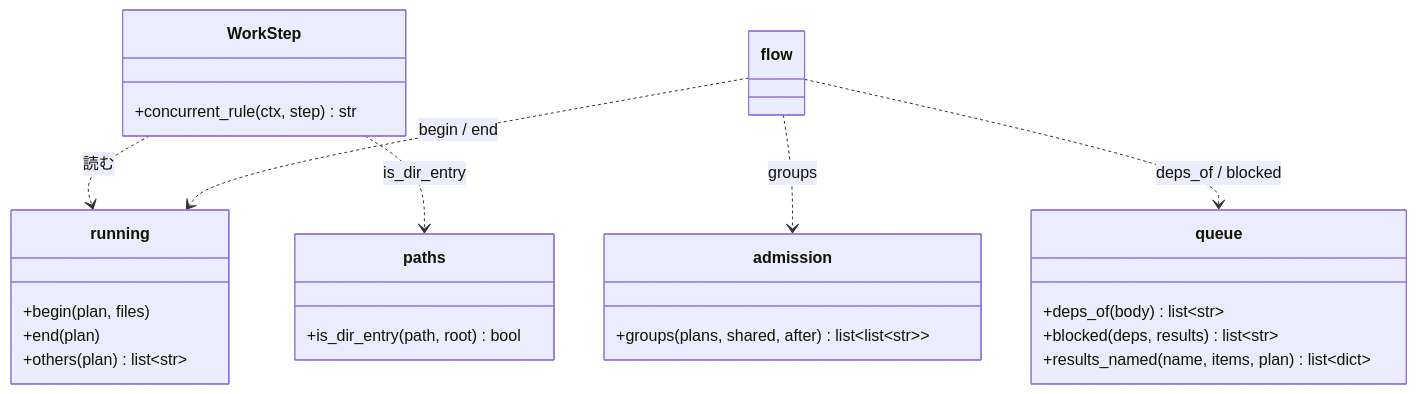
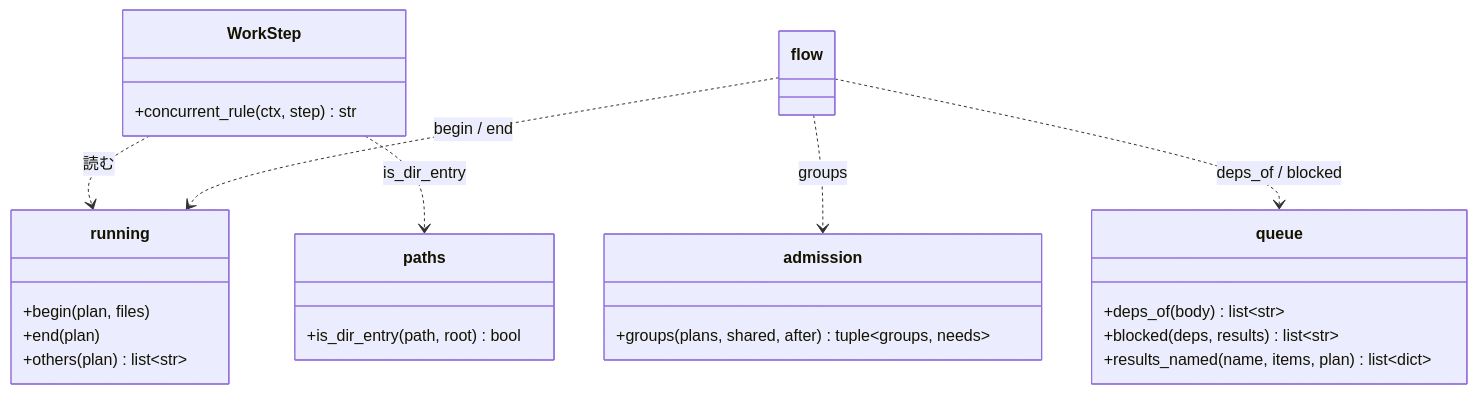
Before and after one commit to devbasex/ai-plugins: the second of 3 diagrams in issues/issue-1674-design.md, drawn with Mermaid. The commit also changed other lines of this file, not shown here.

````diff
--- a/issues/issue-1674-design.md
+++ b/issues/issue-1674-design.md
@@ -132,27 +134,27 @@
 ```mermaid
 classDiagram
     class running {
         +begin(plan, files)
         +end(plan)
         +others(plan) list~str~
     }
     class paths {
         +is_dir_entry(path, root) bool
     }
     class admission {
-        +groups(plans, shared, after) list~list~str~~
+        +groups(plans, shared, after) tuple~groups, needs~
     }
     class WorkStep {
         +concurrent_rule(ctx, step) str
     }
     class queue {
         +deps_of(body) list~str~
         +blocked(deps, results) list~str~
         +results_named(name, items, plan) list~dict~
     }
     WorkStep ..> running : 読む
     WorkStep ..> paths : is_dir_entry
     flow ..> running : begin / end
     flow ..> admission : groups
     flow ..> queue : deps_of / blocked
 ```
````
